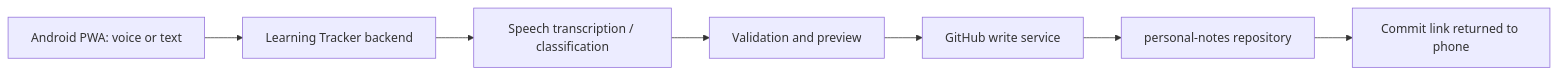
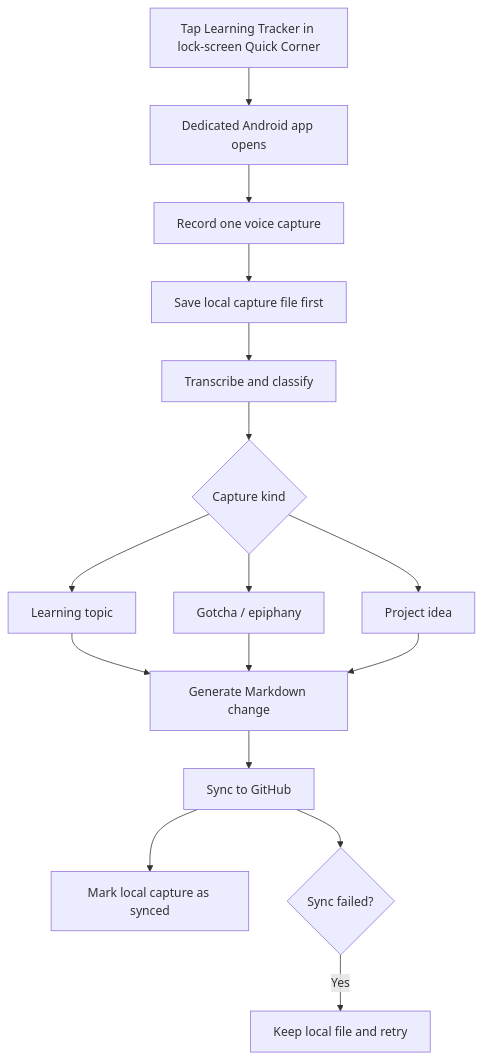
The second of 2 diagrams in project-seeds/EXPLORING/learning-tracker/mobile-interface.md (parjanay/personal-notes), drawn with Mermaid before and after one commit. The commit also changed other lines of this file and 1 other file, not shown here.

Commit message:
Split learning tracker mobile POC and app phases

````diff
--- a/project-seeds/EXPLORING/learning-tracker/mobile-interface.md
+++ b/project-seeds/EXPLORING/learning-tracker/mobile-interface.md
@@ -91,9 +85,18 @@
 ```mermaid
-flowchart LR
-    A[Android PWA: voice or text] --> B[Learning Tracker backend]
-    B --> C[Speech transcription / classification]
-    C --> D[Validation and preview]
-    D --> E[GitHub write service]
-    E --> F[personal-notes repository]
-    F --> G[Commit link returned to phone]
+flowchart TD
+    A[Tap Learning Tracker in lock-screen Quick Corner] --> B[Dedicated Android app opens]
+    B --> C[Record one voice capture]
+    C --> D[Save local capture file first]
+    D --> E[Transcribe and classify]
+    E --> F{Capture kind}
+    F --> G[Learning topic]
+    F --> H[Gotcha / epiphany]
+    F --> I[Project idea]
+    G --> J[Generate Markdown change]
+    H --> J
+    I --> J
+    J --> K[Sync to GitHub]
+    K --> L[Mark local capture as synced]
+    K --> M{Sync failed?}
+    M -- Yes --> N[Keep local file and retry]
 ```
````
